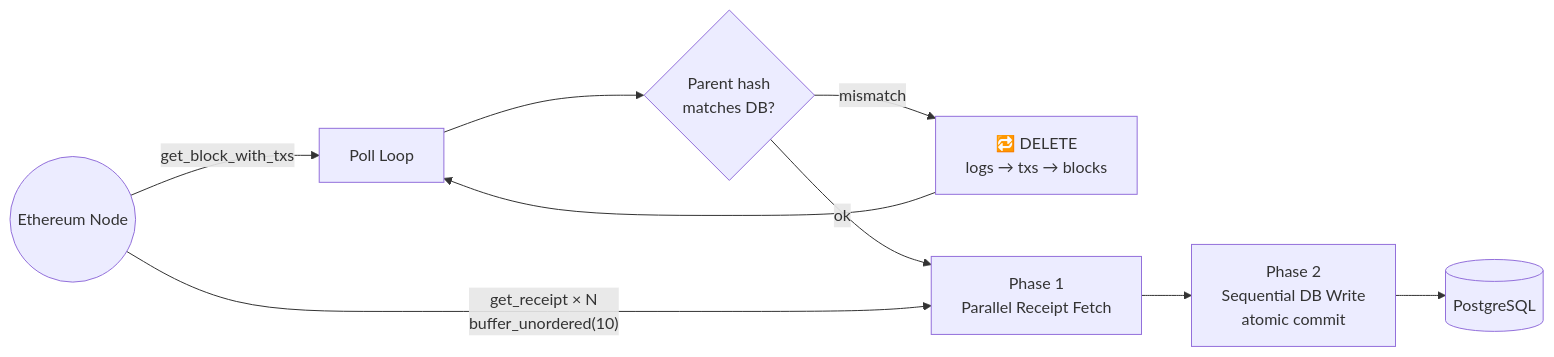
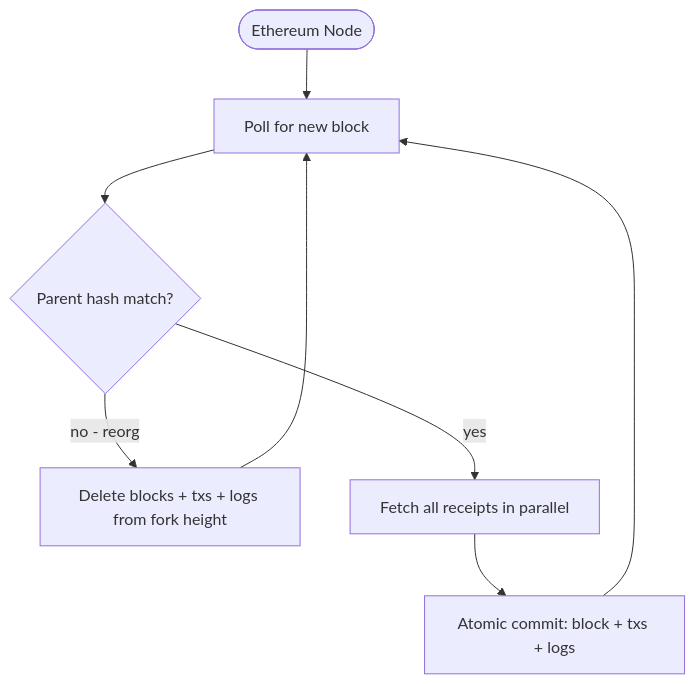
Before and after one commit to Nihal-Pandey-2302/rust-evm-indexer: the first of 2 diagrams in README.md, drawn with Mermaid.

Commit message:
docs: simplify ingestion diagram - clean TD layout, single-line labels

````diff
--- a/README.md
+++ b/README.md
@@ -7,21 +7,10 @@
 ```mermaid
-flowchart LR
-    Node((Ethereum Node)) -->|get_block_with_txs| Poll[Poll Loop]
-
-    Poll --> ReorgCheck{Parent hash
-matches DB?}
-    ReorgCheck -->|mismatch| Rollback["🔁 DELETE
-logs → txs → blocks"]
+flowchart TD
+    Node([Ethereum Node]) --> Poll[Poll for new block]
+    Poll --> Reorg{Parent hash match?}
+    Reorg -->|no - reorg| Rollback[Delete blocks + txs + logs from fork height]
     Rollback --> Poll
-
-    ReorgCheck -->|ok| Phase1
-
-    Node -->|"get_receipt × N
-buffer_unordered(10)"| Phase1["Phase 1
-Parallel Receipt Fetch"]
-    Phase1 --> Phase2["Phase 2
-Sequential DB Write
-atomic commit"]
-
-    Phase2 --> DB[(PostgreSQL)]
+    Reorg -->|yes| Fetch[Fetch all receipts in parallel]
+    Fetch --> Write[Atomic commit: block + txs + logs]
+    Write --> Poll
 ```
````
